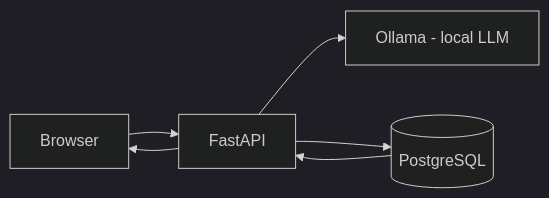
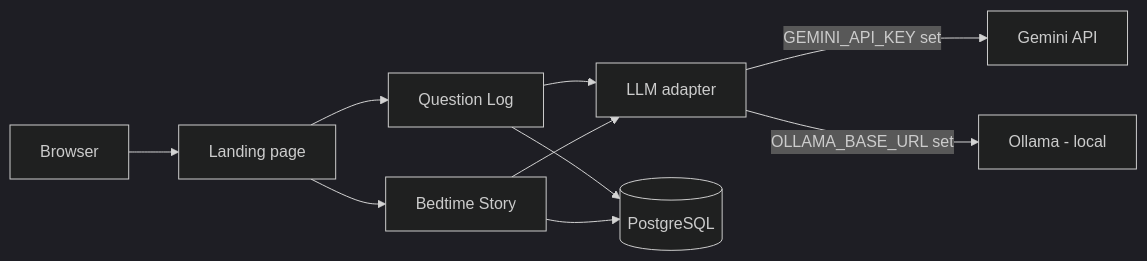
Before and after one commit to gelwuyl/ai-playground-fastapi-ollama-postgres: the diagram in README.md, drawn with Mermaid (dark theme). The commit also changed other lines of this file and 24 other files, not shown here.

First line of the commit message:
Add Vercel deployment: converged LLM Question Log + Bedtime Story

````diff
--- a/README.md
+++ b/README.md
@@ -16,8 +17,12 @@
 ```mermaid
 flowchart LR
-    B[Browser] --> F[FastAPI]
-    F --> O[Ollama - local LLM]
-    F --> P[(PostgreSQL)]
-    P --> F
-    F --> B
+    B[Browser] --> L[Landing page]
+    L --> Q[Question Log]
+    L --> S[Bedtime Story]
+    Q --> A[LLM adapter]
+    S --> A
+    A -->|GEMINI_API_KEY set| G[Gemini API]
+    A -->|OLLAMA_BASE_URL set| O[Ollama - local]
+    Q --> P[(PostgreSQL)]
+    S --> P
 ```
````
